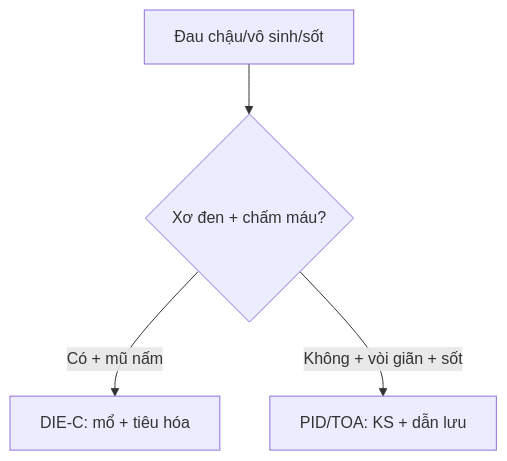
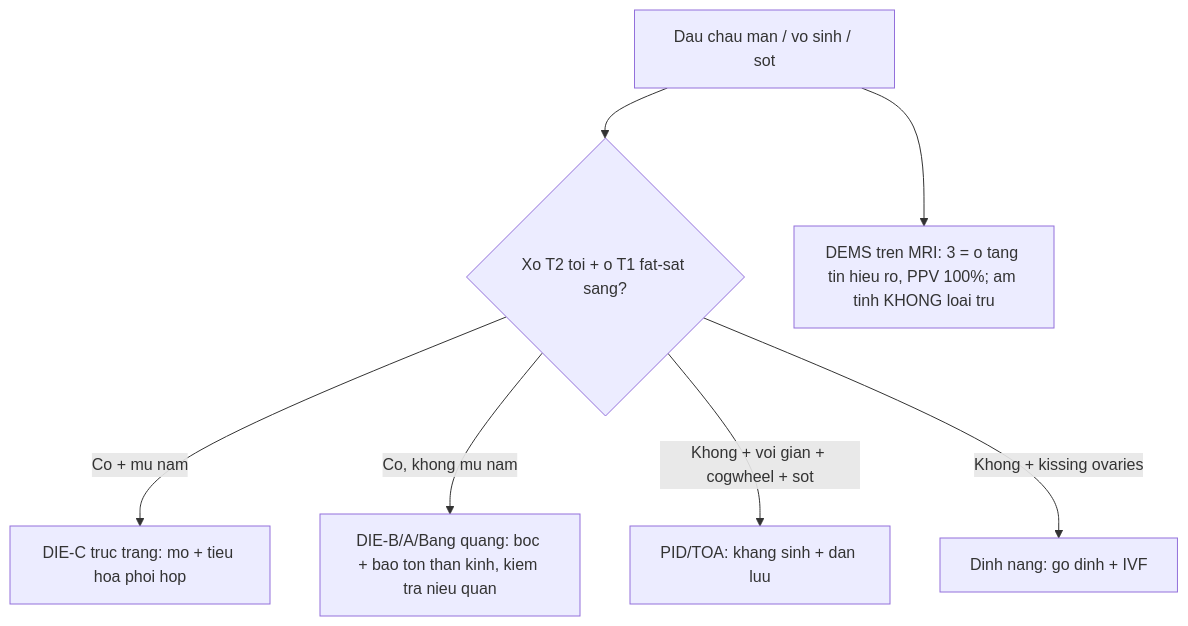
The diagram in 540-lac-noi-mac-tu-cung-sau-DIE-MRI/lesson.md (drthe92/rad), drawn with Mermaid before and after one commit. The commit also changed other lines of this file and 33 other files, not shown here.

First line of the commit message:
527 (u mô đệm nội mạc tử cung ESN/LG-ESS/HG-ESS/UUS) + 518 (morcellation & LPD) + backfill 540 (DIE & PID)

````diff
--- a/540-lac-noi-mac-tu-cung-sau-DIE-MRI/lesson.md
+++ b/540-lac-noi-mac-tu-cung-sau-DIE-MRI/lesson.md
@@ -45,6 +71,9 @@
 ```mermaid
 flowchart TD
-  A[Đau chậu/vô sinh/sốt] --> B{Xơ đen + chấm máu?}
-  B -->|Có + mũ nấm| C[DIE-C: mổ + tiêu hóa]
-  B -->|Không + vòi giãn + sốt| D[PID/TOA: KS + dẫn lưu]
+  A[Dau chau man / vo sinh / sot] --> B{Xo T2 toi + o T1 fat-sat sang?}
+  B -->|Co + mu nam| C[DIE-C truc trang: mo + tieu hoa phoi hop]
+  B -->|Co, khong mu nam| D[DIE-B/A/Bang quang: boc + bao ton than kinh, kiem tra nieu quan]
+  B -->|Khong + voi gian + cogwheel + sot| E[PID/TOA: khang sinh + dan luu]
+  B -->|Khong + kissing ovaries| F[Dinh nang: go dinh + IVF]
+  A --> G[DEMS tren MRI: 3 = o tang tin hieu ro, PPV 100%; am tinh KHONG loai tru]
 ```
````
